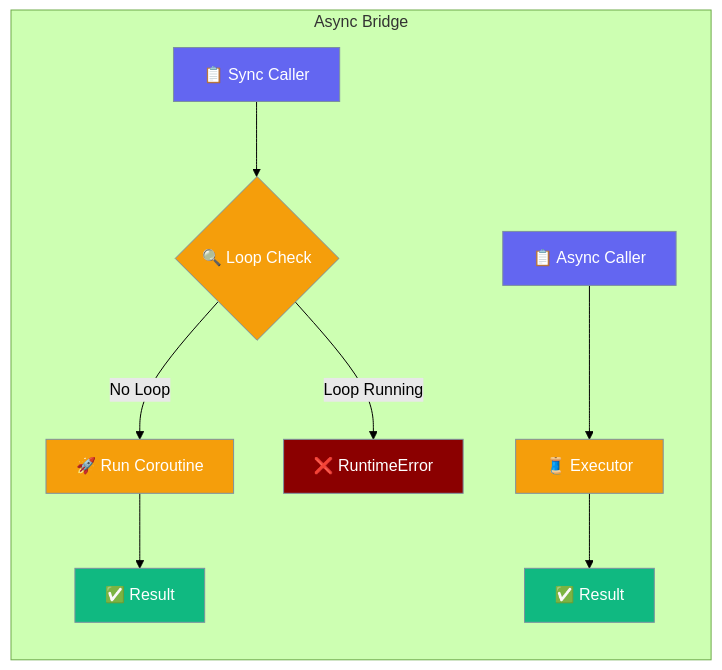
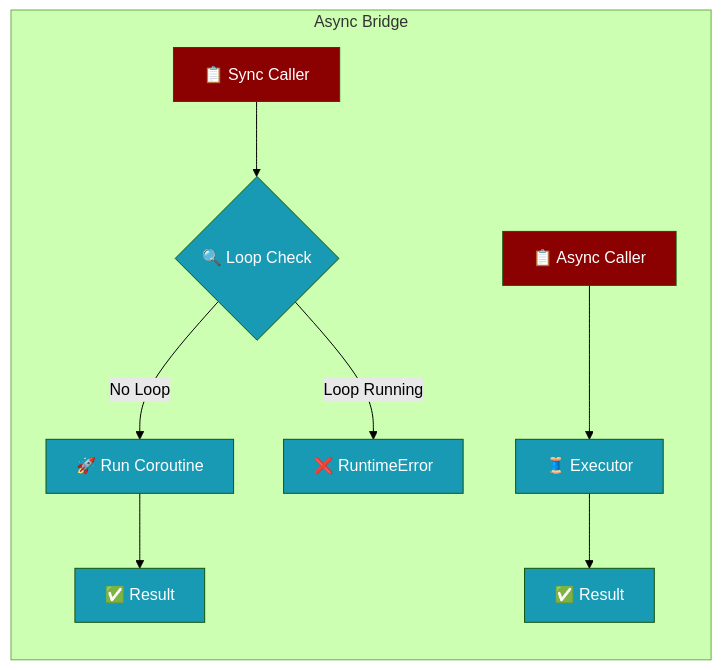
Before and after one commit to MervinPraison/PraisonAIDocs: the first of 3 diagrams in docs/features/async-bridge.mdx, drawn with Mermaid (forest theme). The commit also changed 24 other files, not shown here.

````diff
--- a/docs/features/async-bridge.mdx
+++ b/docs/features/async-bridge.mdx
@@ -10,22 +10,18 @@
 ```mermaid
 graph LR
     subgraph "Async Bridge"
         A[📋 Sync Caller] --> B{🔍 Loop Check}
         B -->|No Loop| C[🚀 Run Coroutine]
         B -->|Loop Running| D[❌ RuntimeError]
         C --> E[✅ Result]
         
         F[📋 Async Caller] --> G[🧵 Executor]
         G --> H[✅ Result]
     end
     
-    classDef input fill:#6366F1,stroke:#7C90A0,color:#fff
-    classDef process fill:#F59E0B,stroke:#7C90A0,color:#fff
-    classDef output fill:#10B981,stroke:#7C90A0,color:#fff
-    classDef error fill:#8B0000,stroke:#7C90A0,color:#fff
+    classDef agent fill:#8B0000,color:#fff
+    classDef tool fill:#189AB4,color:#fff
     
-    class A,F input
-    class B,C,G process
-    class E,H output
-    class D error
+    class A,F agent
+    class B,C,D,E,G,H tool
 ```
````
